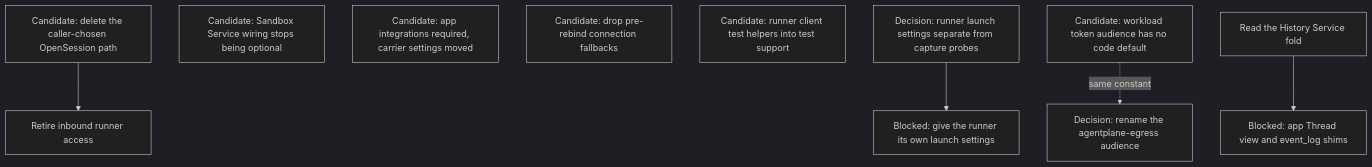
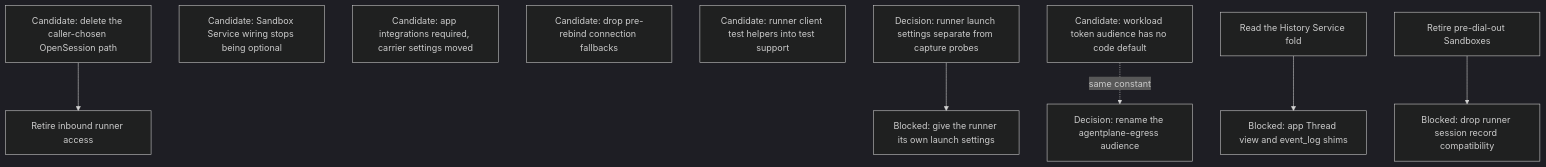
Diagram 11 of 11 in agentplane/plans/task_dag.md (agentydragon/ducktape), drawn with Mermaid (dark theme) before and after one commit. The commit also changed other lines of this file, not shown here.

First line of the commit message:
agentplane/plans: track the runner session record compatibility behind legacy Sandbox retirement

````diff
--- a/agentplane/plans/task_dag.md
+++ b/agentplane/plans/task_dag.md
@@ -1061,19 +1061,22 @@
 ```mermaid
 flowchart TD
     OPEN_SESSION_RETIRE[Candidate: delete the caller-chosen OpenSession path]
     SANDBOX_SERVICE_RESOURCES_REQUIRED[Candidate: Sandbox Service wiring stops being optional]
     APP_SETTINGS_REQUIRED[Candidate: app integrations required, carrier settings moved]
     ACTION_CONNECTION_REBIND_SHIMS[Candidate: drop pre-rebind connection fallbacks]
     RUNNER_CLIENT_TEST_HELPERS[Candidate: runner client test helpers into test support]
     RUNNER_LAUNCH_SETTINGS[Decision: runner launch settings separate from capture probes]
     WORKLOAD_AUDIENCE_DEFAULTS[Candidate: workload token audience has no code default]
     WORKLOAD_AUDIENCE_RENAME[Decision: rename the agentplane-egress audience]
     APP_THREAD_VIEW_CLEANUP[Blocked: app Thread view and event_log shims]
     RUNNER_INBOUND_RETIRE[Retire inbound runner access]
     FOLD_READ_CUTOVER[Read the History Service fold]
     OPEN_SESSION_RETIRE --> RUNNER_INBOUND_RETIRE
     RUNNER_LAUNCH_SETTINGS_SPLIT[Blocked: give the runner its own launch settings]
     RUNNER_LAUNCH_SETTINGS --> RUNNER_LAUNCH_SETTINGS_SPLIT
     WORKLOAD_AUDIENCE_DEFAULTS -. same constant .-> WORKLOAD_AUDIENCE_RENAME
     FOLD_READ_CUTOVER --> APP_THREAD_VIEW_CLEANUP
+    RUNNER_SESSION_RECORD_SHIMS[Blocked: drop runner session record compatibility]
+    LEGACY_SANDBOX_RETIRE[Retire pre-dial-out Sandboxes]
+    LEGACY_SANDBOX_RETIRE --> RUNNER_SESSION_RECORD_SHIMS
 ```
````
